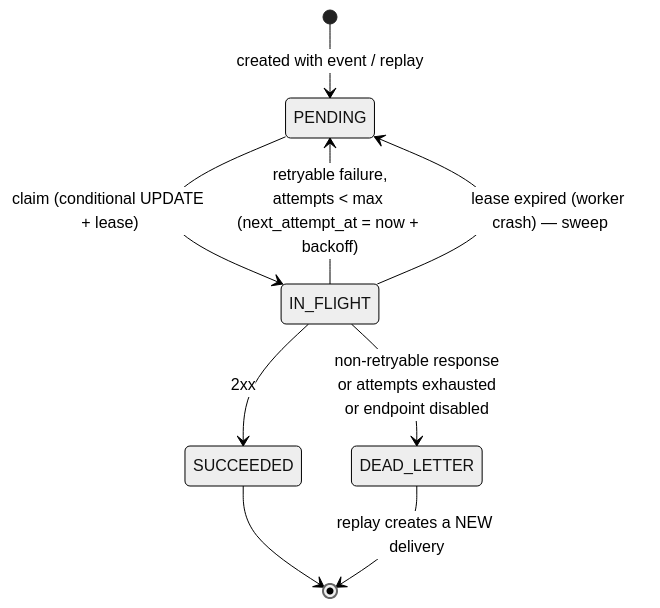
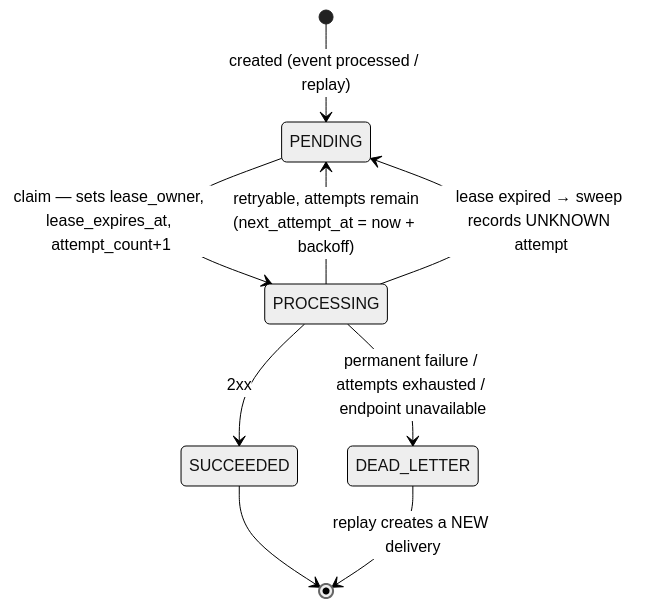
One commit to AlhasanWas/relayforge changed the third of 3 diagrams in docs/implementation-plan.md. Above: the diagram before and after it, drawn with Mermaid (neutral theme). The commit also changed other lines of this file, not shown here.

````diff
--- a/docs/implementation-plan.md
+++ b/docs/implementation-plan.md
@@ -173,11 +366,11 @@
 ```mermaid
 stateDiagram-v2
-    [*] --> PENDING: created with event / replay
-    PENDING --> IN_FLIGHT: claim (conditional UPDATE + lease)
-    IN_FLIGHT --> SUCCEEDED: 2xx
-    IN_FLIGHT --> PENDING: retryable failure,<br/>attempts < max (next_attempt_at = now + backoff)
-    IN_FLIGHT --> DEAD_LETTER: non-retryable response<br/>or attempts exhausted<br/>or endpoint disabled
-    IN_FLIGHT --> PENDING: lease expired (worker crash) — sweep
+    [*] --> PENDING: created (event processed / replay)
+    PENDING --> PROCESSING: claim — sets lease_owner, lease_expires_at, attempt_count+1
+    PROCESSING --> SUCCEEDED: 2xx
+    PROCESSING --> PENDING: retryable, attempts remain<br/>(next_attempt_at = now + backoff)
+    PROCESSING --> DEAD_LETTER: permanent failure / attempts exhausted / endpoint unavailable
+    PROCESSING --> PENDING: lease expired → sweep records UNKNOWN attempt
     SUCCEEDED --> [*]
     DEAD_LETTER --> [*]: replay creates a NEW delivery
 ```
````
